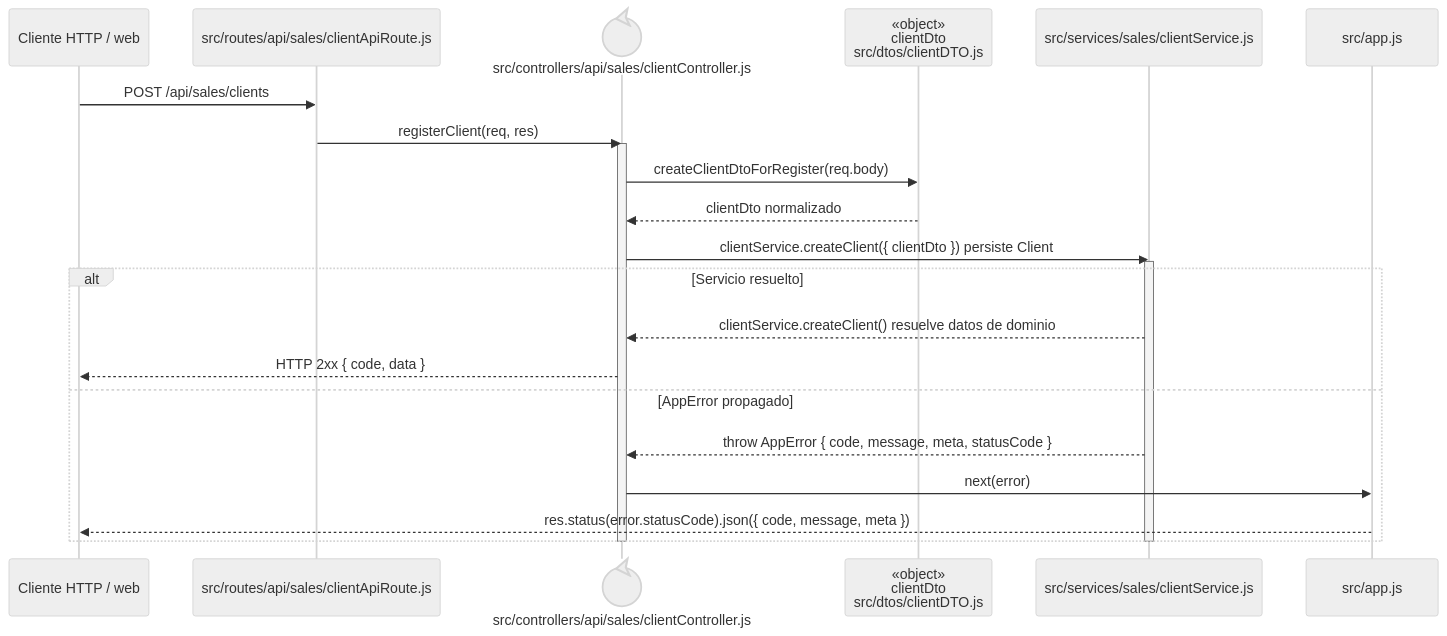
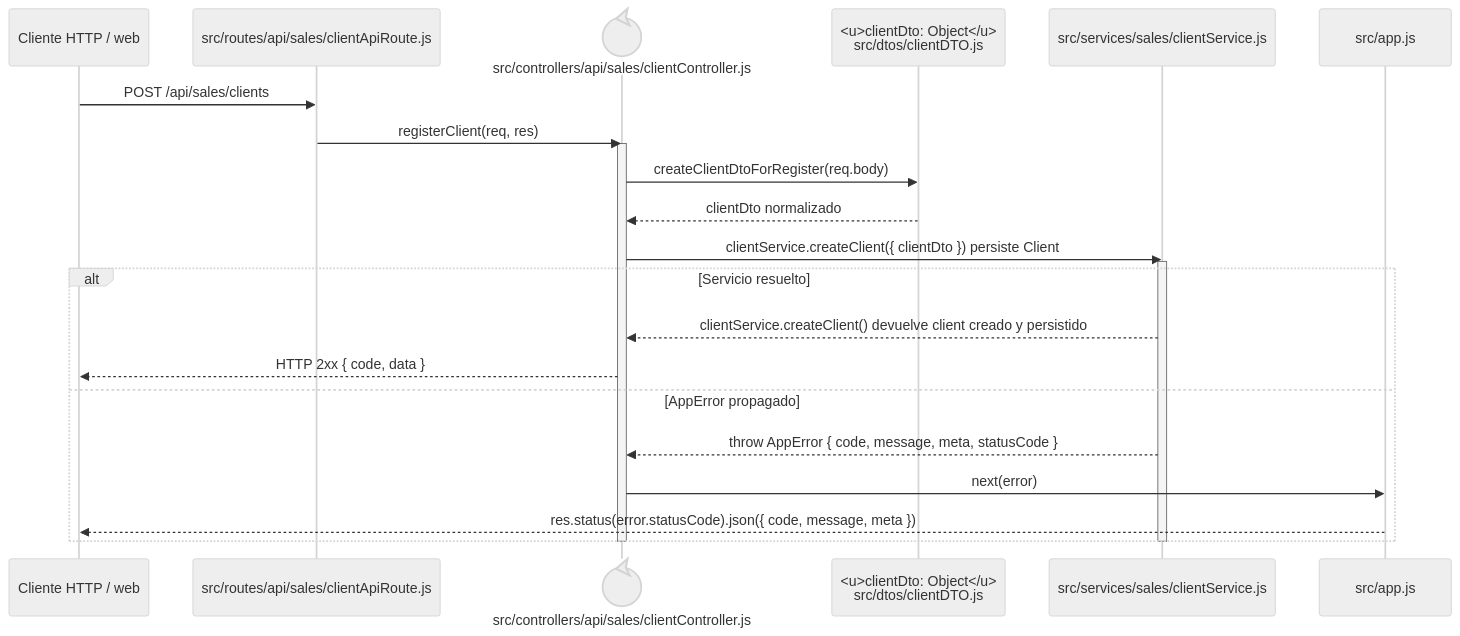
Before and after one commit to gpgsistemas01/nexus: the diagram in docs/architecture/backend-code-sequences/catalogs/cu-cat-06.md, drawn with Mermaid (neutral theme). The commit also changed 102 other files, not shown here.

````diff
--- a/docs/architecture/backend-code-sequences/catalogs/cu-cat-06.md
+++ b/docs/architecture/backend-code-sequences/catalogs/cu-cat-06.md
@@ -6,27 +6,27 @@
 ```mermaid
 sequenceDiagram
     participant Client as Cliente HTTP / web
     participant Route as src/routes/api/sales/clientApiRoute.js
     participant Controller@{ "type": "control" } as src/controllers/api/sales/clientController.js
-    participant ClientDto as «object»<br/>clientDto<br/>src/dtos/clientDTO.js
+    participant ClientDto as <u>clientDto: Object</u><br/>src/dtos/clientDTO.js
     participant Domain as src/services/sales/clientService.js
     participant ErrorHandler as src/app.js
 
     Client->>Route: POST /api/sales/clients
     Route->>Controller: registerClient(req, res)
     activate Controller
     Controller->>ClientDto: createClientDtoForRegister(req.body)
     ClientDto-->>Controller: clientDto normalizado
     Controller->>Domain: clientService.createClient({ clientDto }) persiste Client
     activate Domain
     alt Servicio resuelto
-        Domain-->>Controller: clientService.createClient() resuelve datos de dominio
+        Domain-->>Controller: clientService.createClient() devuelve client creado y persistido
         Controller-->>Client: HTTP 2xx { code, data }
     else AppError propagado
         Domain-->>Controller: throw AppError { code, message, meta, statusCode }
         Controller->>ErrorHandler: next(error)
         ErrorHandler-->>Client: res.status(error.statusCode).json({ code, message, meta })
     end
     deactivate Domain
     deactivate Controller
 ```
````
